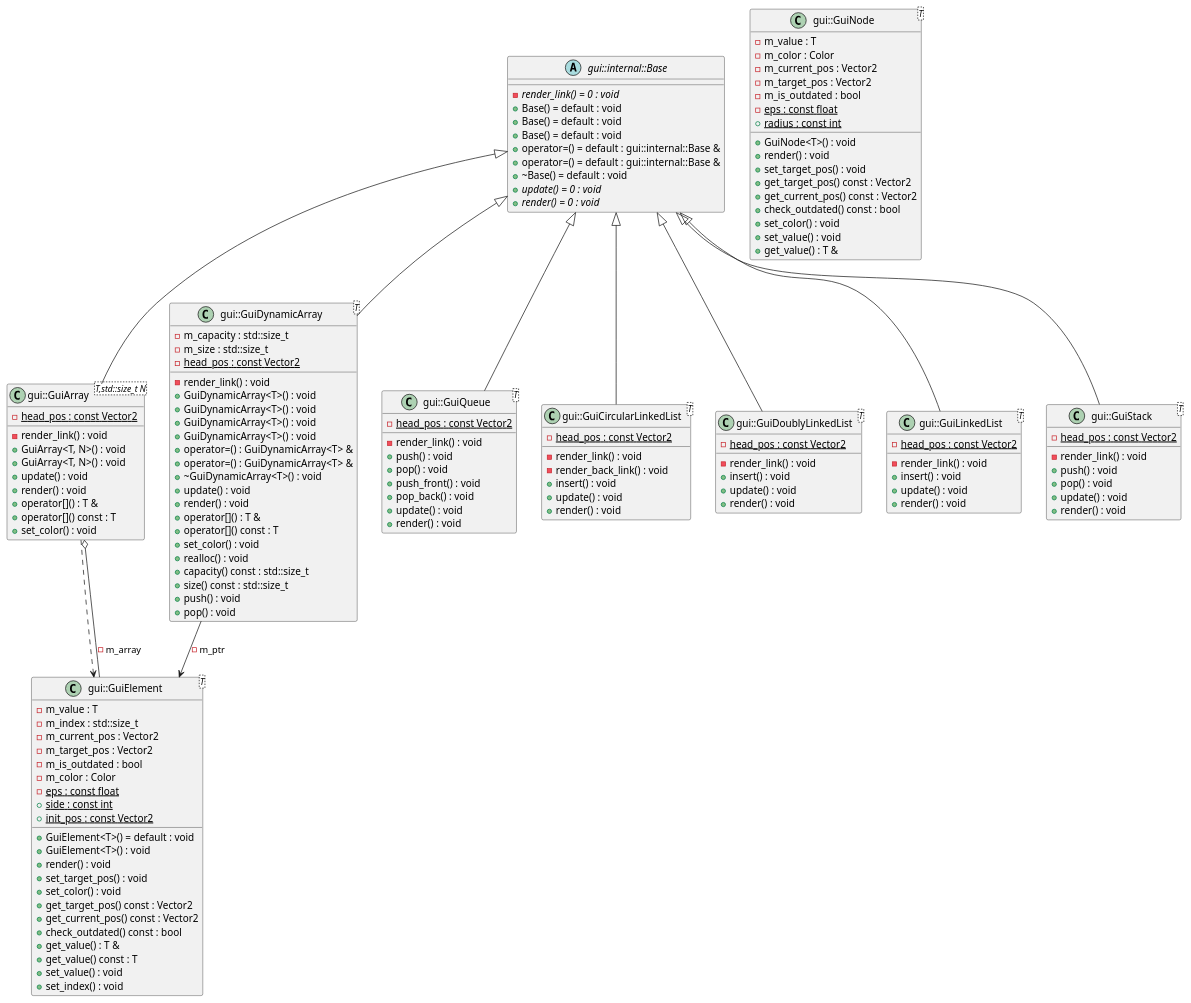
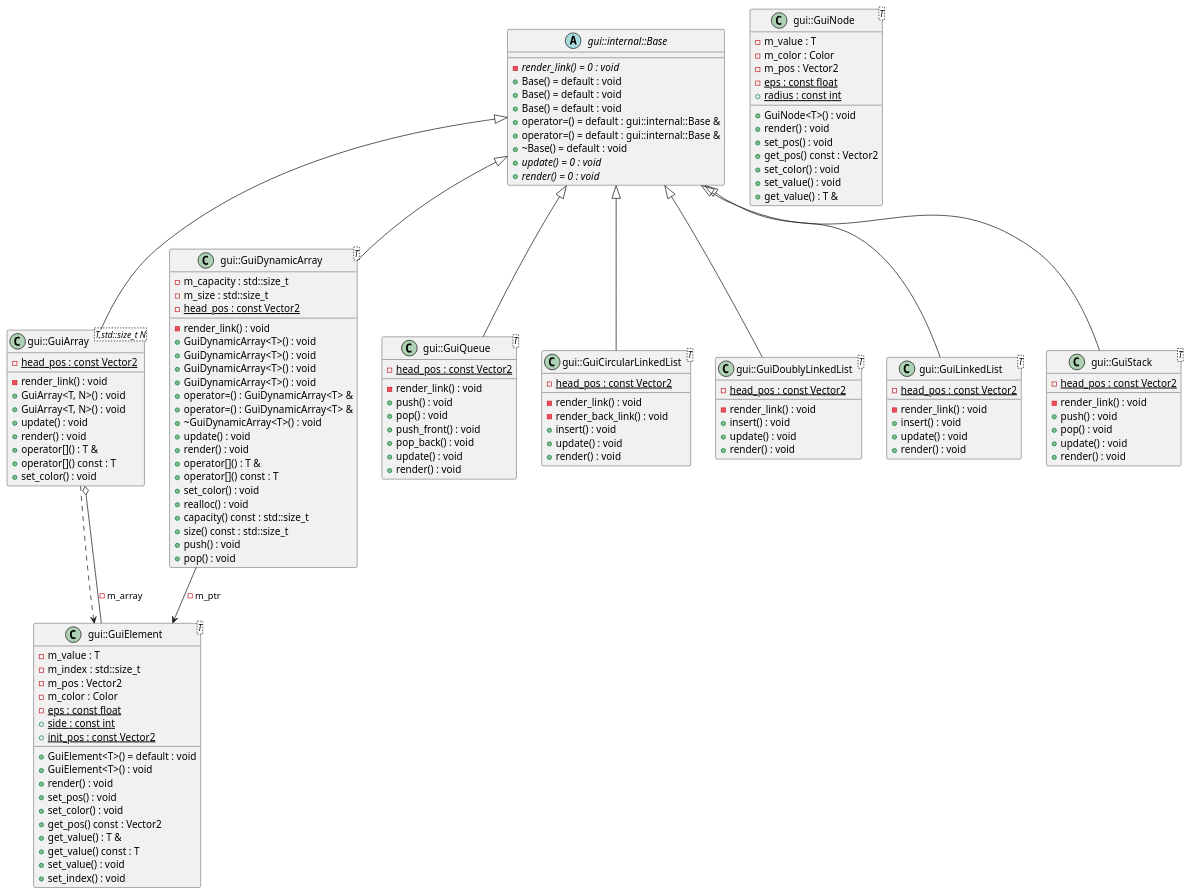
Before and after one commit to jalsol/jalviz: the diagram in docs/diagrams/gui.puml, drawn with PlantUML. The commit also changed 10 other files, not shown here.

```diff
--- a/docs/diagrams/gui.puml
+++ b/docs/diagrams/gui.puml
@@ -1,148 +1,140 @@
 @startuml
 abstract "gui::internal::Base" as C_0000175824954716261305
 abstract C_0000175824954716261305 {
 {abstract} -render_link() = 0 : void
 +Base() = default : void
 +Base() = default : void
 +Base() = default : void
 +operator=() = default : gui::internal::Base &
 +operator=() = default : gui::internal::Base &
 +~Base() = default : void
 {abstract} +update() = 0 : void
 {abstract} +render() = 0 : void
 }
 class "gui::GuiElement<T>" as C_0002044747090333057839
 class C_0002044747090333057839 {
 +GuiElement<T>() = default : void
 +GuiElement<T>() : void
 +render() : void
-+set_target_pos() : void
++set_pos() : void
 +set_color() : void
-+get_target_pos() const : Vector2
-+get_current_pos() const : Vector2
-+check_outdated() const : bool
++get_pos() const : Vector2
 +get_value() : T &
 +get_value() const : T
 +set_value() : void
 +set_index() : void
 -m_value : T
 -m_index : std::size_t
--m_current_pos : Vector2
--m_target_pos : Vector2
--m_is_outdated : bool
+-m_pos : Vector2
 -m_color : Color
 {static} -eps : const float
 {static} +side : const int
 {static} +init_pos : const Vector2
 }
 class "gui::GuiArray<T,std::size_t N>" as C_0001269788950877413692
 class C_0001269788950877413692 {
 -render_link() : void
 +GuiArray<T, N>() : void
 +GuiArray<T, N>() : void
 +update() : void
 +render() : void
 +operator[]() : T &
 +operator[]() const : T
 +set_color() : void
 {static} -head_pos : const Vector2
 }
 class "gui::GuiDynamicArray<T>" as C_0000068279211946526198
 class C_0000068279211946526198 {
 -render_link() : void
 +GuiDynamicArray<T>() : void
 +GuiDynamicArray<T>() : void
 +GuiDynamicArray<T>() : void
 +GuiDynamicArray<T>() : void
 +operator=() : GuiDynamicArray<T> &
 +operator=() : GuiDynamicArray<T> &
 +~GuiDynamicArray<T>() : void
 +update() : void
 +render() : void
 +operator[]() : T &
 +operator[]() const : T
 +set_color() : void
 +realloc() : void
 +capacity() const : std::size_t
 +size() const : std::size_t
 +push() : void
 +pop() : void
 -m_capacity : std::size_t
 -m_size : std::size_t
 {static} -head_pos : const Vector2
 }
 class "gui::GuiNode<T>" as C_0001747959826151301658
 class C_0001747959826151301658 {
 +GuiNode<T>() : void
 +render() : void
-+set_target_pos() : void
-+get_target_pos() const : Vector2
-+get_current_pos() const : Vector2
-+check_outdated() const : bool
++set_pos() : void
++get_pos() const : Vector2
 +set_color() : void
 +set_value() : void
 +get_value() : T &
 -m_value : T
 -m_color : Color
--m_current_pos : Vector2
--m_target_pos : Vector2
--m_is_outdated : bool
+-m_pos : Vector2
 {static} -eps : const float
 {static} +radius : const int
 }
 class "gui::GuiQueue<T>" as C_0000537993261370672901
 class C_0000537993261370672901 {
 -render_link() : void
 +push() : void
 +pop() : void
 +push_front() : void
 +pop_back() : void
 +update() : void
 +render() : void
 {static} -head_pos : const Vector2
 }
 class "gui::GuiCircularLinkedList<T>" as C_0000636823269603515495
 class C_0000636823269603515495 {
 -render_link() : void
 -render_back_link() : void
 +insert() : void
 +update() : void
 +render() : void
 {static} -head_pos : const Vector2
 }
 class "gui::GuiDoublyLinkedList<T>" as C_0001770119980623113789
 class C_0001770119980623113789 {
 -render_link() : void
 +insert() : void
 +update() : void
 +render() : void
 {static} -head_pos : const Vector2
 }
 class "gui::GuiLinkedList<T>" as C_0001460638568713575271
 class C_0001460638568713575271 {
 -render_link() : void
 +insert() : void
 +update() : void
 +render() : void
 {static} -head_pos : const Vector2
 }
 class "gui::GuiStack<T>" as C_0000012620274388027065
 class C_0000012620274388027065 {
 -render_link() : void
 +push() : void
 +pop() : void
 +update() : void
 +render() : void
 {static} -head_pos : const Vector2
 }
 C_0001269788950877413692 ..> C_0002044747090333057839
 C_0001269788950877413692 o-- C_0002044747090333057839 : -m_array
 C_0000175824954716261305 <|-- C_0001269788950877413692
 C_0000068279211946526198 --> C_0002044747090333057839 : -m_ptr
 C_0000175824954716261305 <|-- C_0000068279211946526198
 C_0000175824954716261305 <|-- C_0000537993261370672901
 C_0000175824954716261305 <|-- C_0000636823269603515495
 C_0000175824954716261305 <|-- C_0001770119980623113789
 C_0000175824954716261305 <|-- C_0001460638568713575271
 C_0000175824954716261305 <|-- C_0000012620274388027065
 @enduml
```
